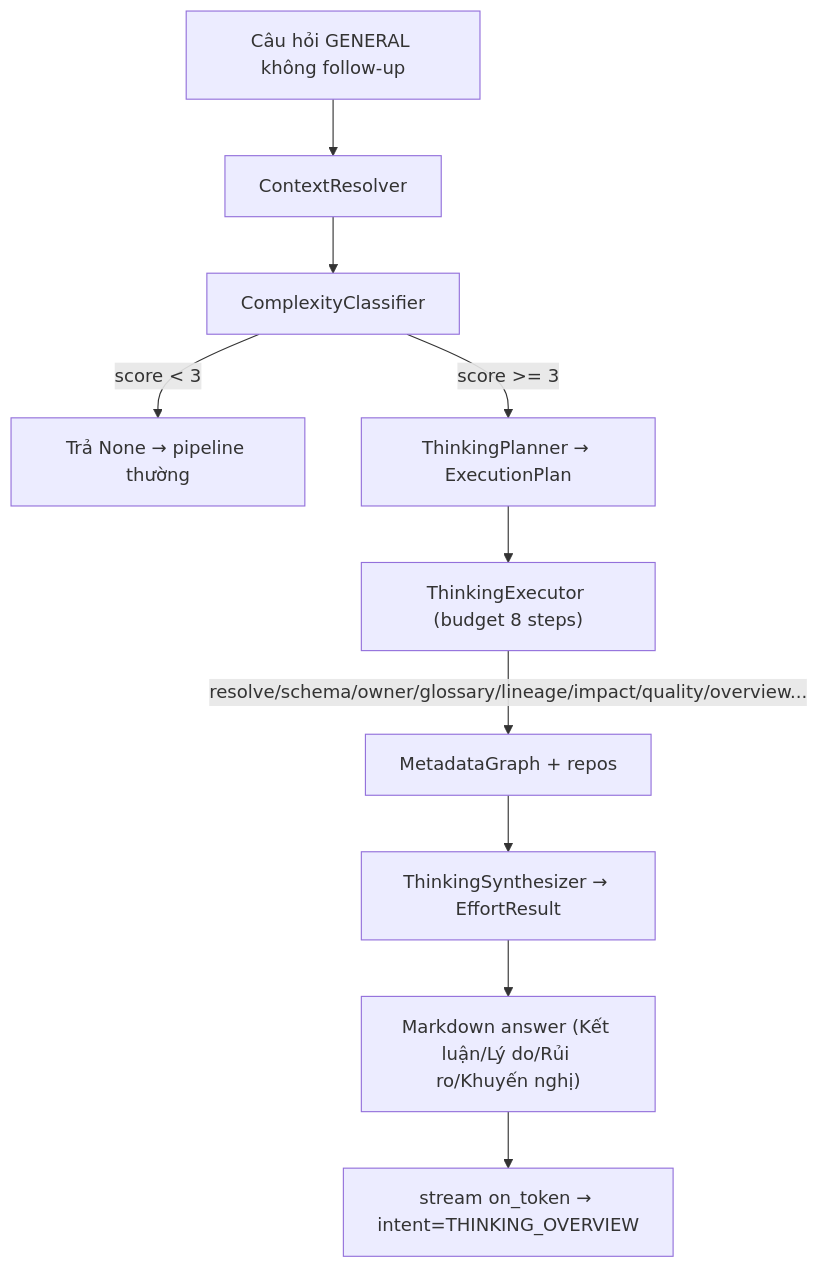
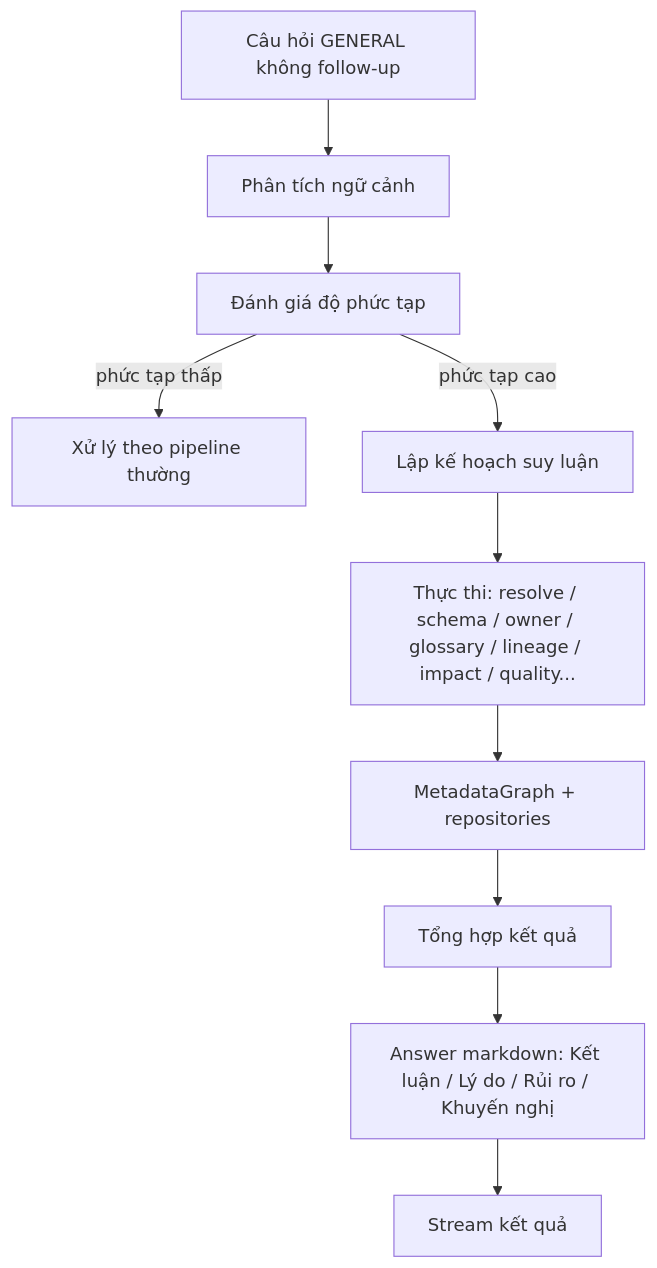
The fourth of 16 diagrams in datahub-ai-chatbot/docs/TECHNICAL_ARCHITECTURE_REPORT.md (anoreo07/datahub_ai_chatbot), drawn with Mermaid before and after one commit. The commit also changed other lines of this file and 414 other files, not shown here.

````diff
--- a/datahub-ai-chatbot/docs/TECHNICAL_ARCHITECTURE_REPORT.md
+++ b/datahub-ai-chatbot/docs/TECHNICAL_ARCHITECTURE_REPORT.md
@@ -466,12 +215,12 @@
 ```mermaid
 flowchart TD
-    Q2["Câu hỏi GENERAL không follow-up"] --> CTX["ContextResolver"]
-    CTX --> CC["ComplexityClassifier"]
-    CC -->|"score < 3"| SKIP["Trả None → pipeline thường"]
-    CC -->|"score >= 3"| PL["ThinkingPlanner → ExecutionPlan"]
-    PL --> EX["ThinkingExecutor (budget 8 steps)"]
-    EX -->|"resolve/schema/owner/glossary/lineage/impact/quality/overview..."| MD["MetadataGraph + repos"]
-    MD --> SYN["ThinkingSynthesizer → EffortResult"]
-    SYN --> RESP2["Markdown answer (Kết luận/Lý do/Rủi ro/Khuyến nghị)"]
-    RESP2 --> SSE2["stream on_token → intent=THINKING_OVERVIEW"]
+    Q2["Câu hỏi GENERAL không follow-up"] --> CTX["Phân tích ngữ cảnh"]
+    CTX --> CC["Đánh giá độ phức tạp"]
+    CC -->|"phức tạp thấp"| SKIP["Xử lý theo pipeline thường"]
+    CC -->|"phức tạp cao"| PL["Lập kế hoạch suy luận"]
+    PL --> EX["Thực thi: resolve / schema / owner / glossary / lineage / impact / quality..."]
+    EX --> MD["MetadataGraph + repositories"]
+    MD --> SYN["Tổng hợp kết quả"]
+    SYN --> RESP2["Answer markdown: Kết luận / Lý do / Rủi ro / Khuyến nghị"]
+    RESP2 --> SSE2["Stream kết quả"]
 ```
````
